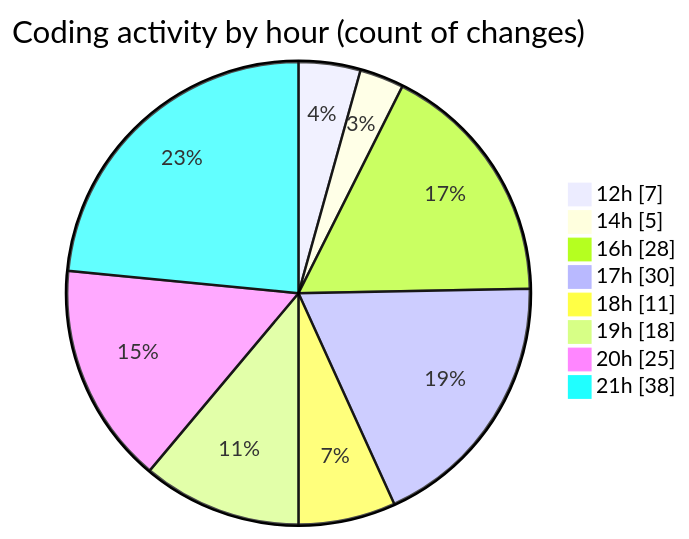
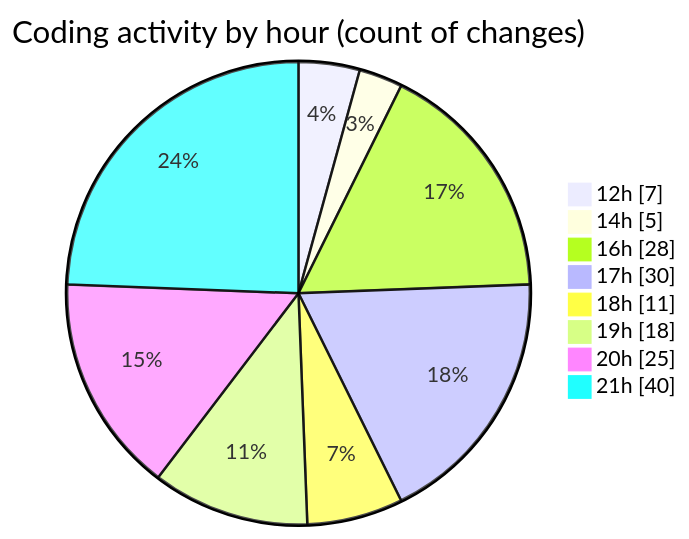
One commit to julien-gomy/code-tracking changed the second of 2 diagrams in 2025-10-06/eventscop-frontend-guide__workspace_/README.md. Above: the diagram before and after it, drawn with Mermaid. The commit also changed other lines of this file and 1 other file, not shown here.

````diff
--- a/2025-10-06/eventscop-frontend-guide__workspace_/README.md
+++ b/2025-10-06/eventscop-frontend-guide__workspace_/README.md
@@ -72,12 +72,12 @@
 ```mermaid
 pie showData
 title Coding activity by hour (count of changes)
 "12h" : 7
 "14h" : 5
 "16h" : 28
 "17h" : 30
 "18h" : 11
 "19h" : 18
 "20h" : 25
-"21h" : 38
+"21h" : 40
 ```
````
